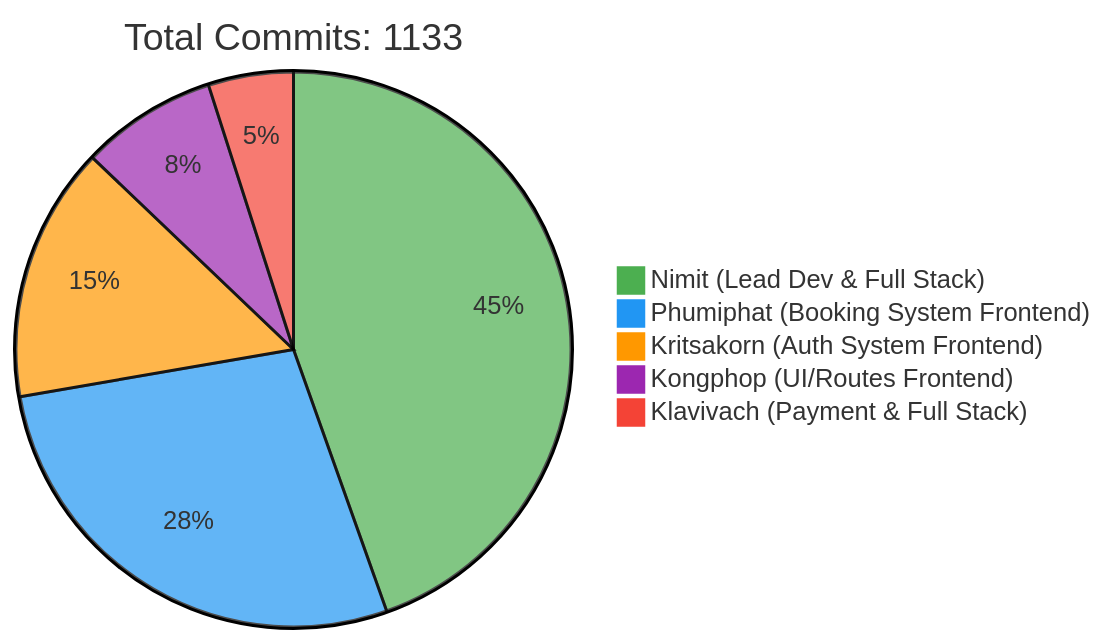
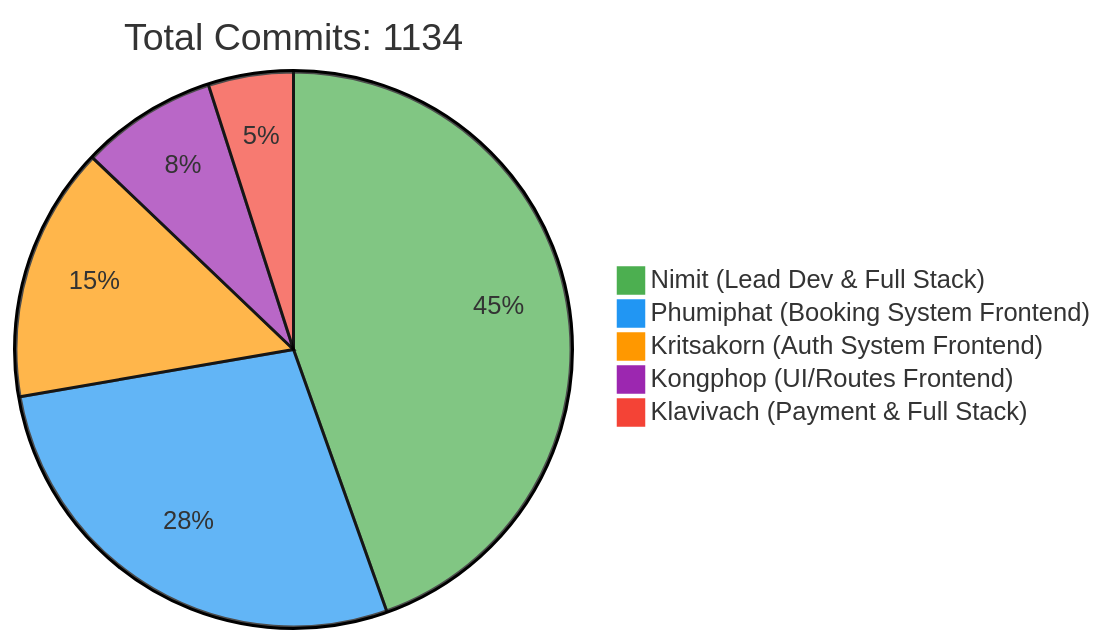
The first of 2 diagrams in README.md (6531503042/Sport-Complex), drawn with Mermaid before and after one commit. The commit also changed other lines of this file, not shown here.

Commit message:
docs: Update contributor statistics [skip ci]

````diff
--- a/README.md
+++ b/README.md
@@ -257,10 +257,10 @@
 ```mermaid
 %%{init: {'theme': 'base', 'themeVariables': { 'pie1': '#4CAF50', 'pie2': '#2196F3', 'pie3': '#FF9800', 'pie4': '#9C27B0', 'pie5': '#F44336'}}}%%
 pie
-    title Total Commits: 1133
+    title Total Commits: 1134
     "Nimit (Lead Dev & Full Stack)" : 450
     "Phumiphat (Booking System Frontend)" : 280
     "Kritsakorn (Auth System Frontend)" : 150
     "Kongphop (UI/Routes Frontend)" : 80
     "Klavivach (Payment & Full Stack)" : 50
 ```
````
